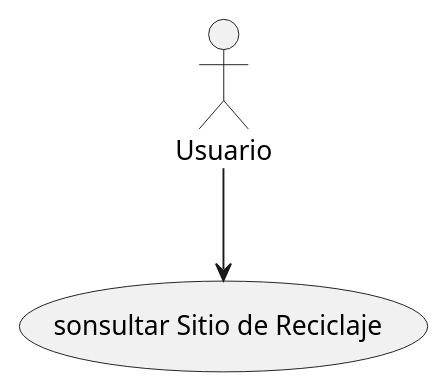
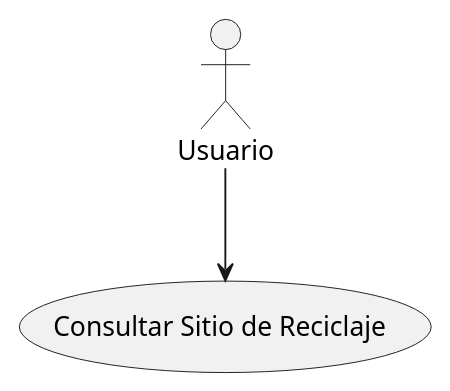
The fifth of 16 diagrams in Documentos/template.md (AlvariroA/dcapp), drawn with PlantUML before and after one commit. The commit also changed other lines of this file, not shown here.

````diff
--- a/Documentos/template.md
+++ b/Documentos/template.md
@@ -66,5 +68,5 @@
 ```plantuml
 @startuml
-Usuario --> (sonsultar Sitio de Reciclaje)
+Usuario --> (Consultar Sitio de Reciclaje)
 @enduml
 ```
````
